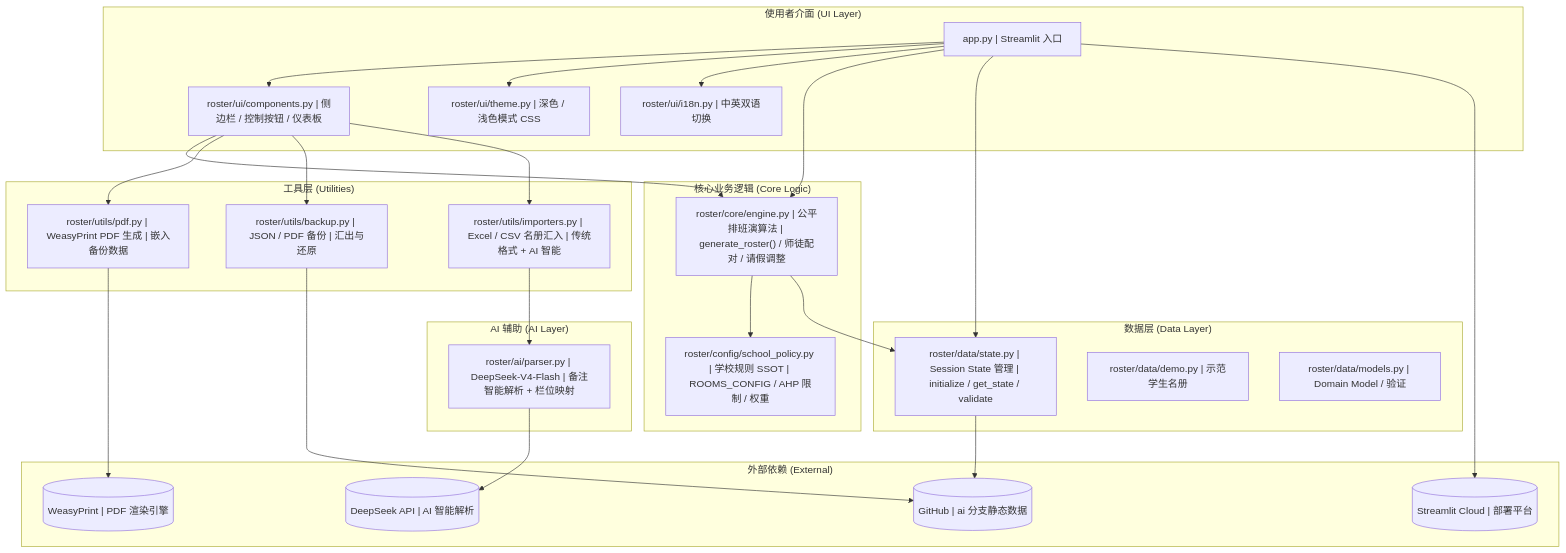
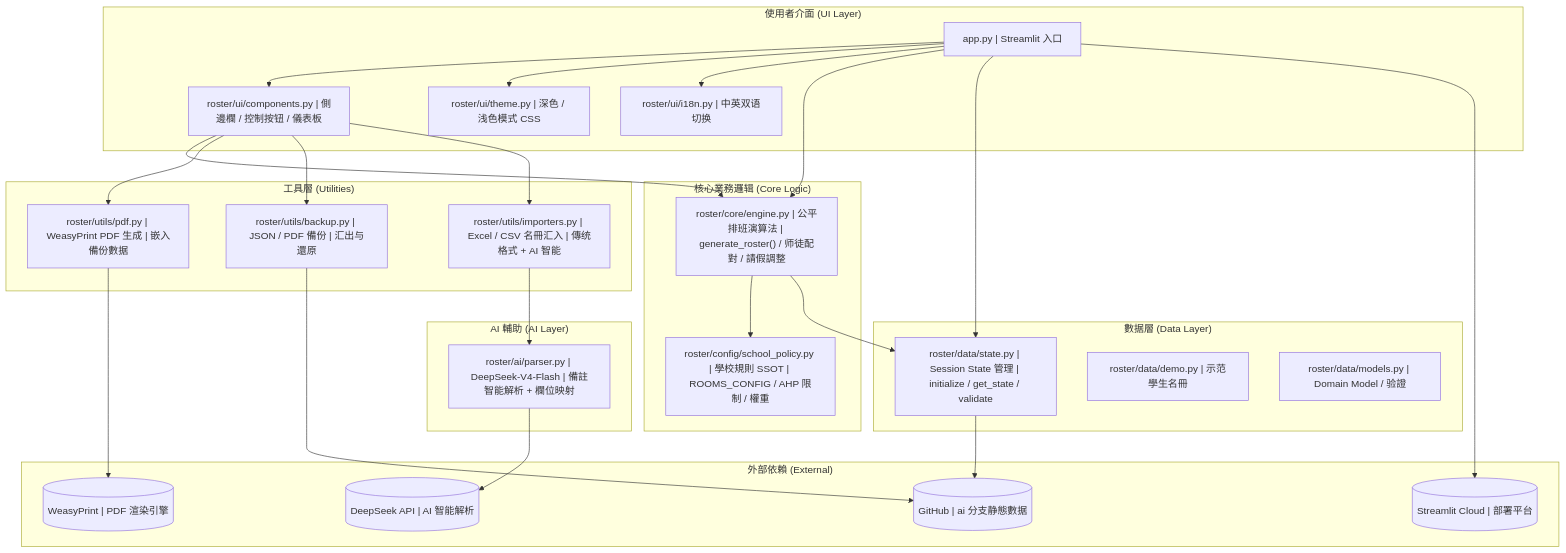
One commit to JackyLi10777/Study-Prefect-Duty-Roster-System changed the first of 4 diagrams in README.md. Above: the diagram before and after it, drawn with Mermaid. The commit also changed other lines of this file and 9 other files, not shown here.

````diff
--- a/README.md
+++ b/README.md
@@ -129,55 +129,55 @@
 ```mermaid
 graph TB
     subgraph "使用者介面 (UI Layer)"
         A["app.py | Streamlit 入口"]
-        B["roster/ui/components.py | 侧边栏 / 控制按钮 / 仪表板"]
+        B["roster/ui/components.py | 側邊欄 / 控制按钮 / 儀表板"]
         C["roster/ui/theme.py | 深色 / 浅色模式 CSS"]
         D["roster/ui/i18n.py | 中英双语切换"]
     end
 
-    subgraph "核心业务逻辑 (Core Logic)"
-        E["roster/core/engine.py | 公平排班演算法 | generate_roster() / 师徒配对 / 请假调整"]
-        F["roster/config/school_policy.py | 学校规则 SSOT | ROOMS_CONFIG / AHP 限制 / 权重"]
+    subgraph "核心業務邏辑 (Core Logic)"
+        E["roster/core/engine.py | 公平排班演算法 | generate_roster() / 师徒配對 / 請假調整"]
+        F["roster/config/school_policy.py | 學校規則 SSOT | ROOMS_CONFIG / AHP 限制 / 權重"]
     end
 
-    subgraph "数据层 (Data Layer)"
+    subgraph "數据層 (Data Layer)"
         G["roster/data/state.py | Session State 管理 | initialize / get_state / validate"]
-        H["roster/data/demo.py | 示范学生名册"]
-        I["roster/data/models.py | Domain Model / 验证"]
+        H["roster/data/demo.py | 示范學生名冊"]
+        I["roster/data/models.py | Domain Model / 验證"]
     end
 
-    subgraph "工具层 (Utilities)"
-        J["roster/utils/pdf.py | WeasyPrint PDF 生成 | 嵌入备份数据"]
-        K["roster/utils/backup.py | JSON / PDF 备份 | 汇出与还原"]
-        L["roster/utils/importers.py | Excel / CSV 名册汇入 | 传统格式 + AI 智能"]
+    subgraph "工具層 (Utilities)"
+        J["roster/utils/pdf.py | WeasyPrint PDF 生成 | 嵌入備份數据"]
+        K["roster/utils/backup.py | JSON / PDF 備份 | 汇出与還原"]
+        L["roster/utils/importers.py | Excel / CSV 名冊汇入 | 傳统格式 + AI 智能"]
     end
 
-    subgraph "AI 辅助 (AI Layer)"
-        M["roster/ai/parser.py | DeepSeek-V4-Flash | 备注智能解析 + 栏位映射"]
+    subgraph "AI 輔助 (AI Layer)"
+        M["roster/ai/parser.py | DeepSeek-V4-Flash | 備註智能解析 + 欄位映射"]
     end
 
-    subgraph "外部依赖 (External)"
+    subgraph "外部依賴 (External)"
         N[("DeepSeek API | AI 智能解析")]
         O[("WeasyPrint | PDF 渲染引擎")]
-        P[("GitHub | ai 分支静态数据")]
+        P[("GitHub | ai 分支静態數据")]
         Q[("Streamlit Cloud | 部署平台")]
     end
 
     A --> B
     A --> C
     A --> D
     A --> E
     A --> G
     E --> F
     E --> G
     B --> E
     B --> J
     B --> K
     B --> L
     L --> M
     M --> N
     J --> O
     G --> P
     K --> P
     A --> Q
 ```
````
